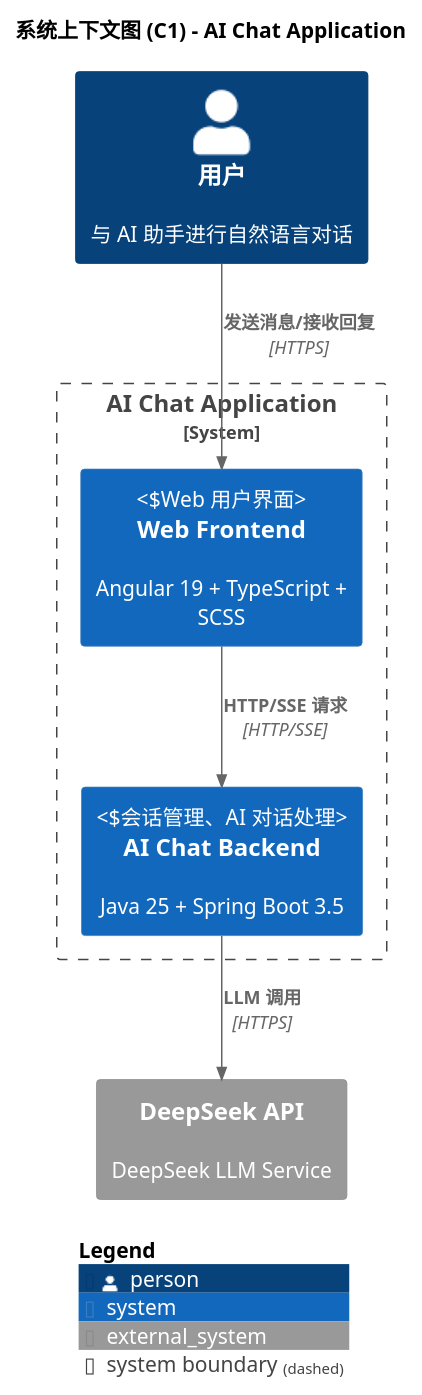
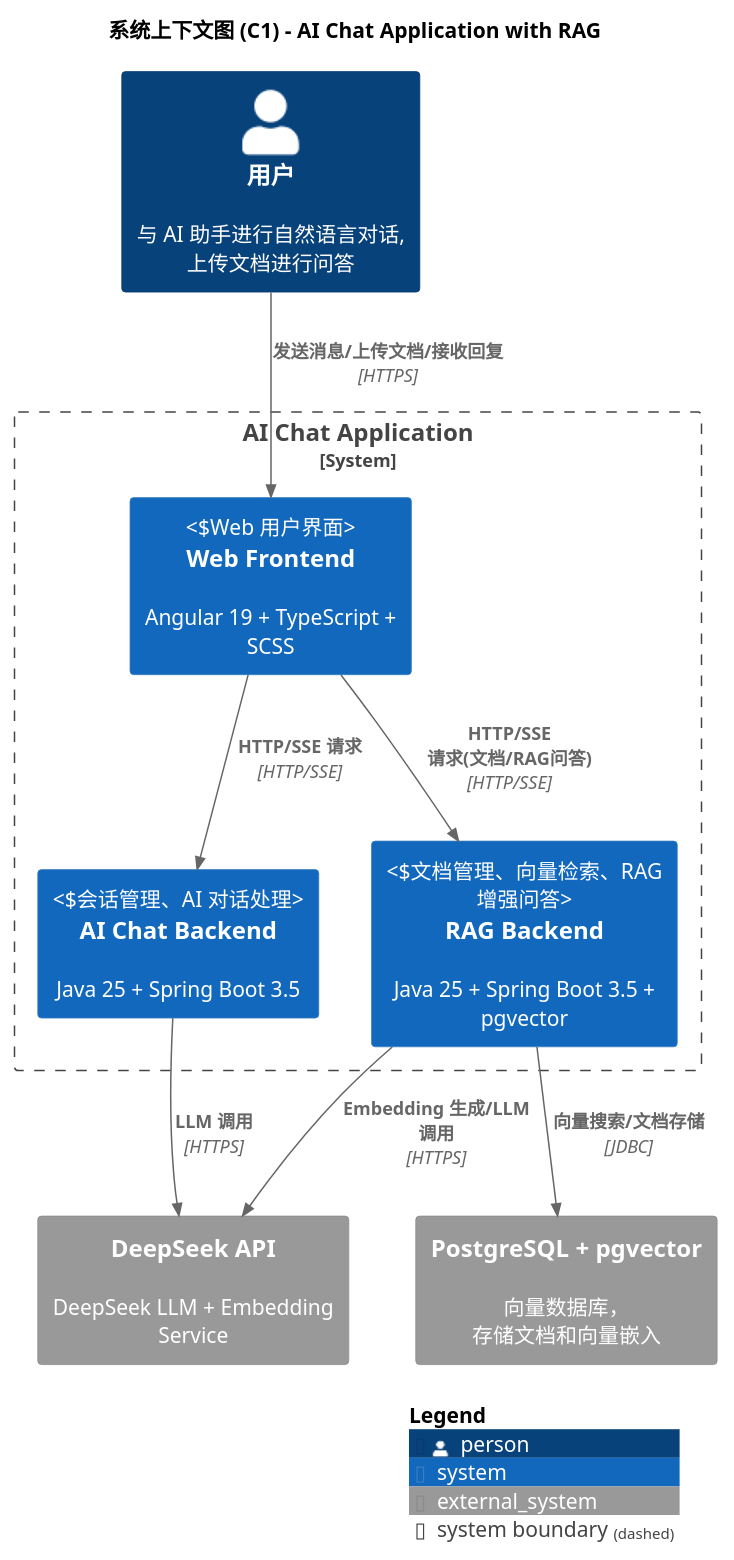
One commit to felixzhu97/explore-ai changed the diagram in docs/c4/C1-Context.puml. Above: the diagram before and after it, drawn with PlantUML. The commit also changed 4 other files, not shown here.

First line of the commit message:
docs: update C4 diagrams with RAG backend architecture

```diff
--- a/docs/c4/C1-Context.puml
+++ b/docs/c4/C1-Context.puml
@@ -1,34 +1,39 @@
 @startuml C1-Context
 !include https://raw.githubusercontent.com/plantuml-stdlib/C4-PlantUML/master/C4_Context.puml
 
 LAYOUT_WITH_LEGEND()
 
-title 系统上下文图 (C1) - AI Chat Application
+title 系统上下文图 (C1) - AI Chat Application with RAG
 
 ' ============================================================
 ' PEOPLE - 人员
 ' ============================================================
-Person(user, "用户", "与 AI 助手进行自然语言对话")
+Person(user, "用户", "与 AI 助手进行自然语言对话, 上传文档进行问答")
 
 ' ============================================================
 ' AI Chat Application 系统边界
 ' ============================================================
 System_Boundary(ai_chat_app, "AI Chat Application") {
     System(frontend, "Web Frontend", "Angular 19 + TypeScript + SCSS", "Web 用户界面")
-    System(backend, "AI Chat Backend", "Java 25 + Spring Boot 3.5", "会话管理、AI 对话处理")
+    System(chat_backend, "AI Chat Backend", "Java 25 + Spring Boot 3.5", "会话管理、AI 对话处理")
+    System(rag_backend, "RAG Backend", "Java 25 + Spring Boot 3.5 + pgvector", "文档管理、向量检索、RAG 增强问答")
 }
 
 ' ============================================================
 ' EXTERNAL SYSTEMS - 外部系统
 ' ============================================================
-System_Ext(deepseek_api, "DeepSeek API", "DeepSeek LLM Service")
+System_Ext(deepseek_api, "DeepSeek API", "DeepSeek LLM + Embedding Service")
+System_Ext(postgresql, "PostgreSQL + pgvector", "向量数据库，存储文档和向量嵌入")
 
 ' ============================================================
 ' RELATIONSHIPS - 关系
 ' ============================================================
-Rel(user, frontend, "发送消息/接收回复", "HTTPS")
-Rel(frontend, backend, "HTTP/SSE 请求", "HTTP/SSE")
-Rel(backend, deepseek_api, "LLM 调用", "HTTPS")
+Rel(user, frontend, "发送消息/上传文档/接收回复", "HTTPS")
+Rel(frontend, chat_backend, "HTTP/SSE 请求", "HTTP/SSE")
+Rel(frontend, rag_backend, "HTTP/SSE 请求(文档/RAG问答)", "HTTP/SSE")
+Rel(chat_backend, deepseek_api, "LLM 调用", "HTTPS")
+Rel(rag_backend, deepseek_api, "Embedding 生成/LLM 调用", "HTTPS")
+Rel(rag_backend, postgresql, "向量搜索/文档存储", "JDBC")
 
 SHOW_LEGEND()
 @enduml
```
